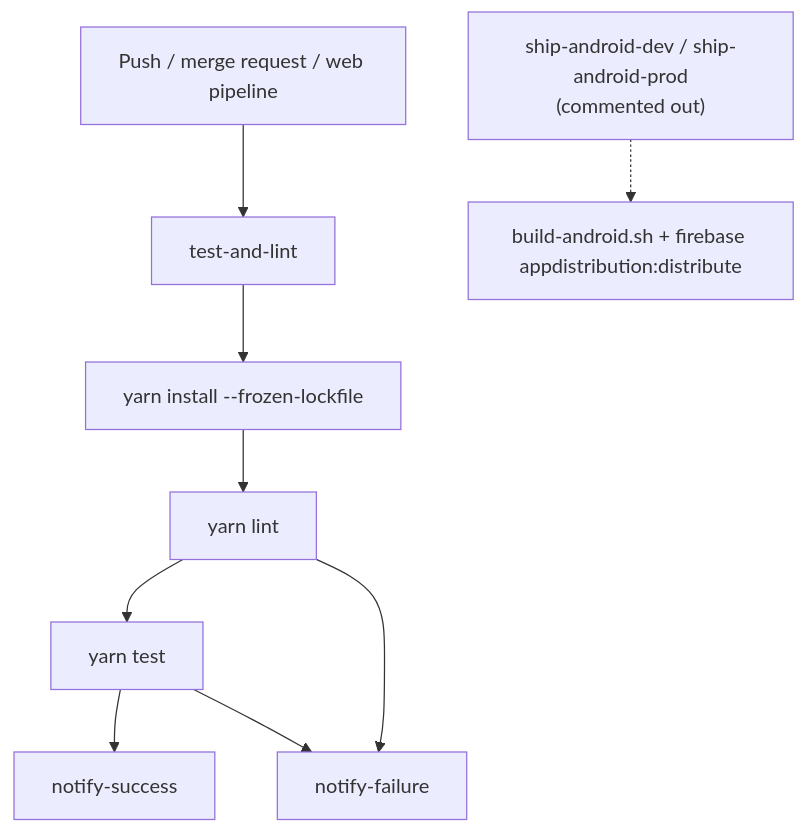
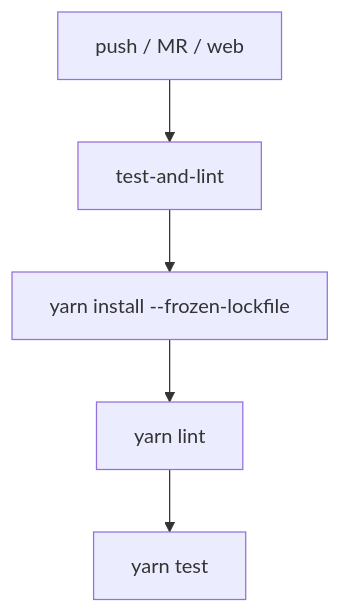
One commit to ThangTech/ALP-HRM-REACTNATIVE changed the fourth of 5 diagrams in README.md. Above: the diagram before and after it, drawn with Mermaid. The commit also changed other lines of this file and 1 other file, not shown here.

````diff
--- a/README.md
+++ b/README.md
@@ -515,12 +426,7 @@
 ```mermaid
 flowchart TD
-  A[Push / merge request / web pipeline] --> B[test-and-lint]
+  A[push / MR / web] --> B[test-and-lint]
   B --> C[yarn install --frozen-lockfile]
   C --> D[yarn lint]
   D --> E[yarn test]
-  E --> F[notify-success]
-  D --> G[notify-failure]
-  E --> G
-
-  H["ship-android-dev / ship-android-prod<br/>(commented out)"] -.-> I["build-android.sh + firebase appdistribution:distribute"]
 ```
````
